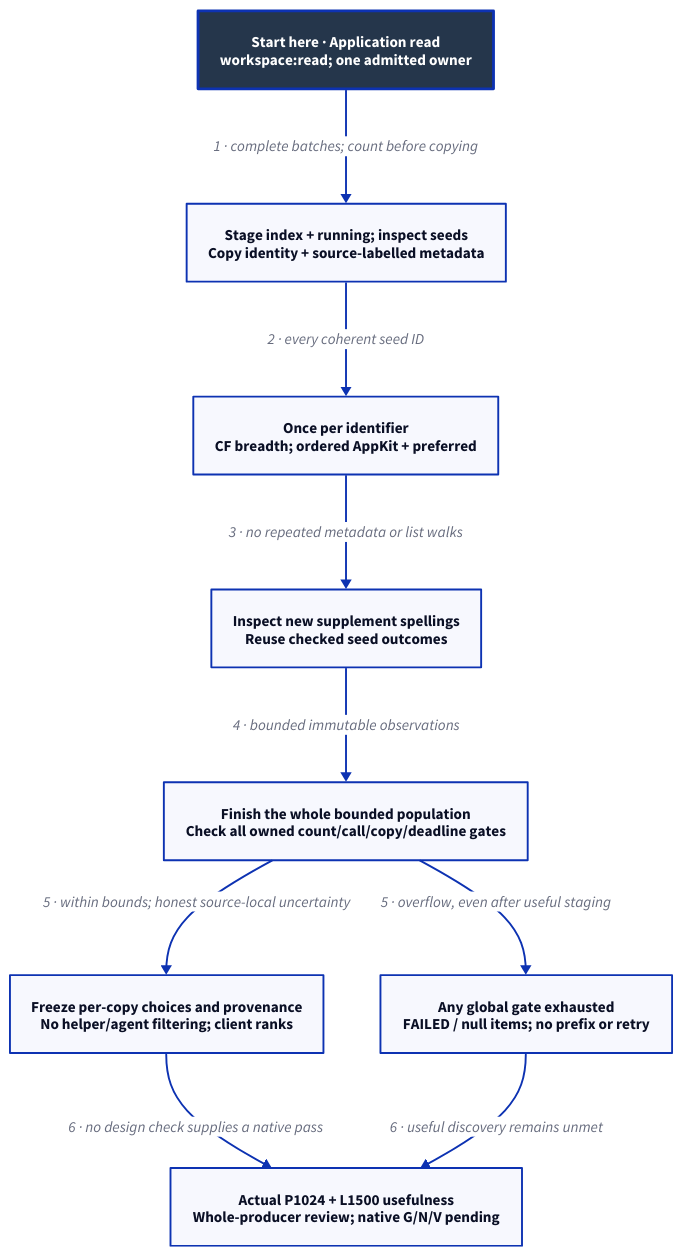
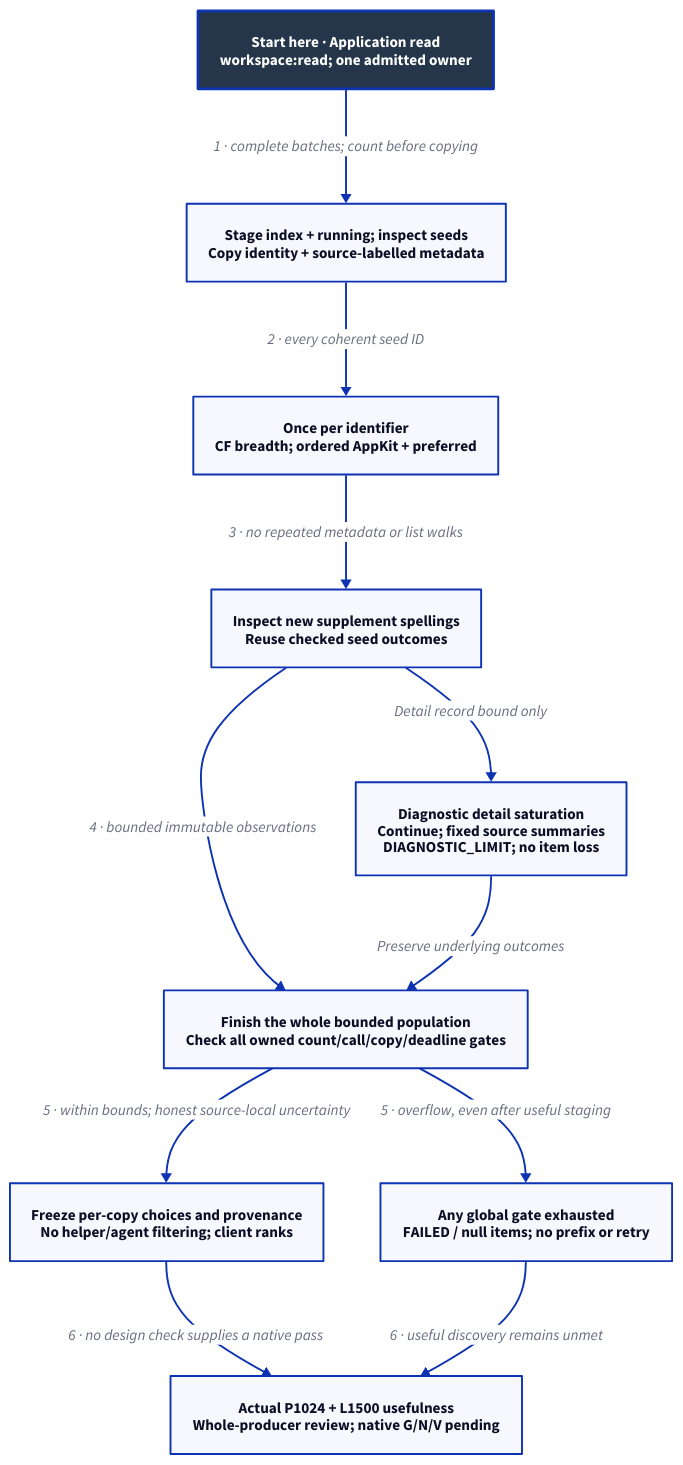
The diagram in docs/design/architecture/native-application-population.d2 (Linkuistics/Koine), drawn with D2 before and after one commit. The commit also changed 113 other files, not shown here.

```diff
--- a/docs/design/architecture/native-application-population.d2
+++ b/docs/design/architecture/native-application-population.d2
@@ -1,21 +1,24 @@
 # Application component/activity view; proposed, no native qualification.
 direction: down
 classes: {
   start: {style: {fill: "#25364B"; font-color: "#FFFFFF"; bold: true; stroke-width: 3}}
 }
 Start: "Start here · Application read\nworkspace:read; one admitted owner" {class: start}
 Sources: "Stage index + running; inspect seeds\nCopy identity + source-labelled metadata"
 Registration: "Once per identifier\nCF breadth; ordered AppKit + preferred"
 Inspect: "Inspect new supplement spellings\nReuse checked seed outcomes"
 Finish: "Finish the whole bounded population\nCheck all owned count/call/copy/deadline gates"
 Failure: "Any global gate exhausted\nFAILED / null items; no prefix or retry"
+Diagnostic: "Diagnostic detail saturation\nContinue; fixed source summaries\nDIAGNOSTIC_LIMIT; no item loss"
 Publish: "Freeze per-copy choices and provenance\nNo helper/agent filtering; client ranks"
 Qualification: "Actual P1024 + L1500 usefulness\nWhole-producer review; native G/N/V pending"
 Start -> Sources: "1 · complete batches; count before copying"
 Sources -> Registration: "2 · every coherent seed ID"
 Registration -> Inspect: "3 · no repeated metadata or list walks"
 Inspect -> Finish: "4 · bounded immutable observations"
 Finish -> Failure: "5 · overflow, even after useful staging"
 Finish -> Publish: "5 · within bounds; honest source-local uncertainty"
+Inspect -> Diagnostic: "Detail record bound only"
+Diagnostic -> Finish: "Preserve underlying outcomes"
 Publish -> Qualification: "6 · no design check supplies a native pass"
 Failure -> Qualification: "6 · useful discovery remains unmet"
```
